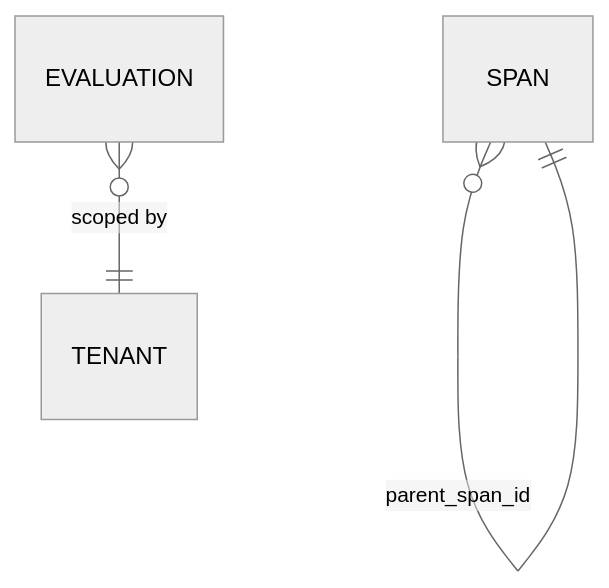
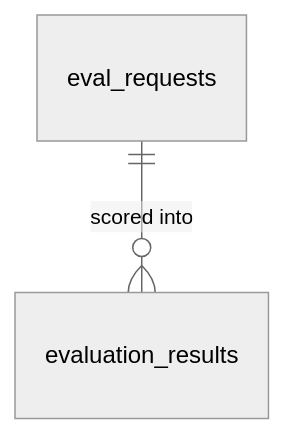
The diagram in docs/db-design.md (DimitarAtanassov/arc-eval-service), drawn with Mermaid (neutral theme) before and after one commit. The commit also changed other lines of this file and 60 other files, not shown here.

````diff
--- a/docs/db-design.md
+++ b/docs/db-design.md
@@ -10,5 +12,4 @@
 ```mermaid
 erDiagram
-    EVALUATION }o--|| TENANT : "scoped by"
-    SPAN }o--|| SPAN : "parent_span_id"
+    eval_requests ||--o{ evaluation_results : "scored into"
 ```
````
